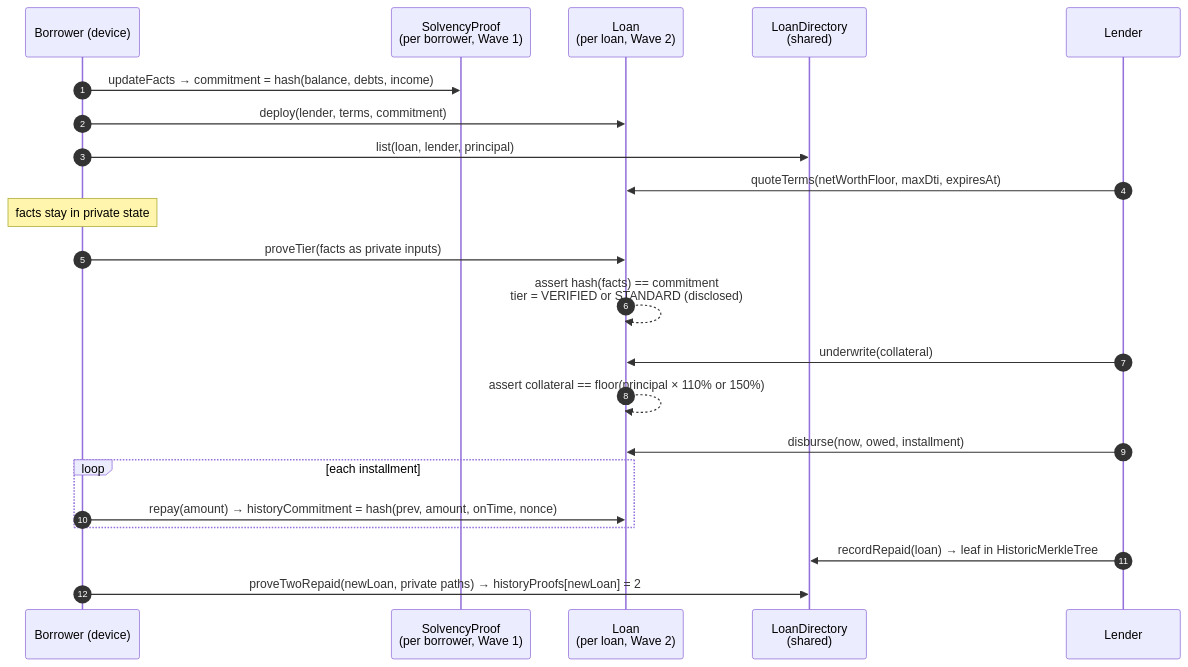
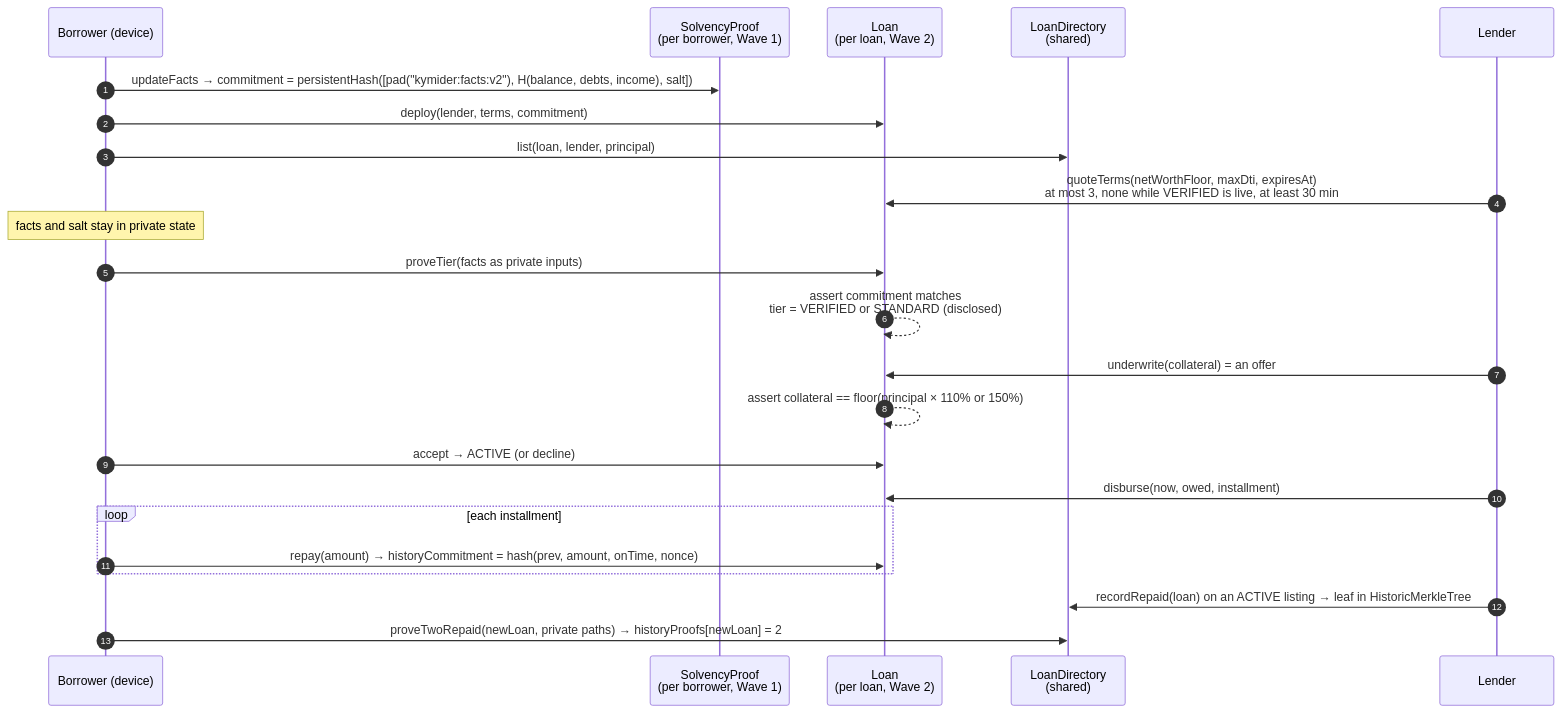
The diagram in README.md (Turnless/kymider), drawn with Mermaid before and after one commit. The commit also changed other lines of this file, not shown here.

````diff
--- a/README.md
+++ b/README.md
@@ -133,25 +172,26 @@
 ```mermaid
 sequenceDiagram
     autonumber
     participant B as Borrower (device)
     participant SP as SolvencyProof<br/>(per borrower, Wave 1)
     participant L as Loan<br/>(per loan, Wave 2)
     participant D as LoanDirectory<br/>(shared)
     participant K as Lender
 
-    B->>SP: updateFacts → commitment = hash(balance, debts, income)
+    B->>SP: updateFacts → commitment = persistentHash([pad("kymider:facts:v2"), H(balance, debts, income), salt])
     B->>L: deploy(lender, terms, commitment)
     B->>D: list(loan, lender, principal)
-    K->>L: quoteTerms(netWorthFloor, maxDti, expiresAt)
-    Note over B: facts stay in private state
+    K->>L: quoteTerms(netWorthFloor, maxDti, expiresAt)<br/>at most 3, none while VERIFIED is live, at least 30 min
+    Note over B: facts and salt stay in private state
     B->>L: proveTier(facts as private inputs)
-    L-->>L: assert hash(facts) == commitment<br/>tier = VERIFIED or STANDARD (disclosed)
-    K->>L: underwrite(collateral)
+    L-->>L: assert commitment matches<br/>tier = VERIFIED or STANDARD (disclosed)
+    K->>L: underwrite(collateral) = an offer
     L-->>L: assert collateral == floor(principal × 110% or 150%)
+    B->>L: accept → ACTIVE (or decline)
     K->>L: disburse(now, owed, installment)
     loop each installment
         B->>L: repay(amount) → historyCommitment = hash(prev, amount, onTime, nonce)
     end
-    K->>D: recordRepaid(loan) → leaf in HistoricMerkleTree
+    K->>D: recordRepaid(loan) on an ACTIVE listing → leaf in HistoricMerkleTree
     B->>D: proveTwoRepaid(newLoan, private paths) → historyProofs[newLoan] = 2
 ```
````
